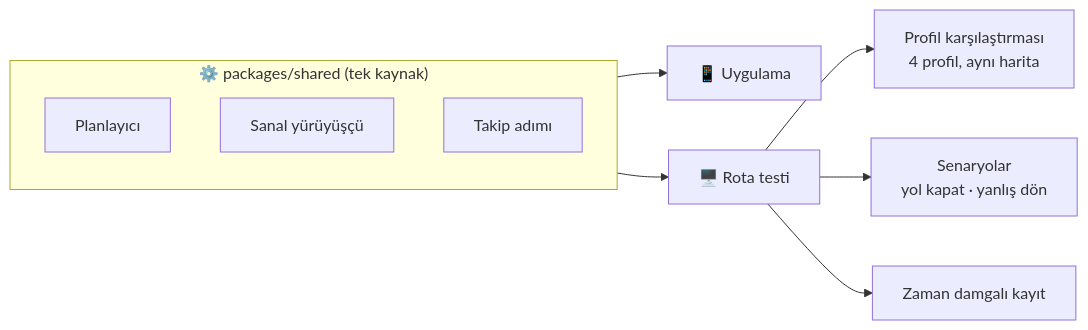
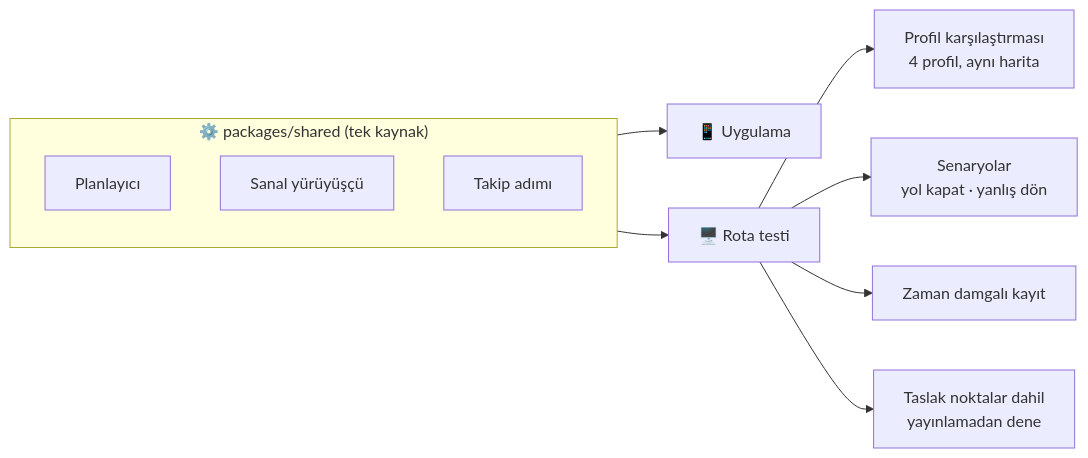
One commit to inciyanar/Sezi changed diagram 18 of 18 in NASIL-CALISIR.md. Above: the diagram before and after it, drawn with Mermaid. The commit also changed other lines of this file, not shown here.

````diff
--- a/NASIL-CALISIR.md
+++ b/NASIL-CALISIR.md
@@ -480,13 +559,14 @@
 ```mermaid
 flowchart LR
   subgraph shared["⚙️ packages/shared (tek kaynak)"]
     P["Planlayıcı"]
     W["Sanal yürüyüşçü"]
     F["Takip adımı"]
   end
   shared --> APP["📱 Uygulama"]
   shared --> RT["🖥️ Rota testi"]
   RT --> X1["Profil karşılaştırması<br/>4 profil, aynı harita"]
   RT --> X2["Senaryolar<br/>yol kapat · yanlış dön"]
   RT --> X3["Zaman damgalı kayıt"]
+  RT --> X4["Taslak noktalar dahil<br/>yayınlamadan dene"]
 ```
````
